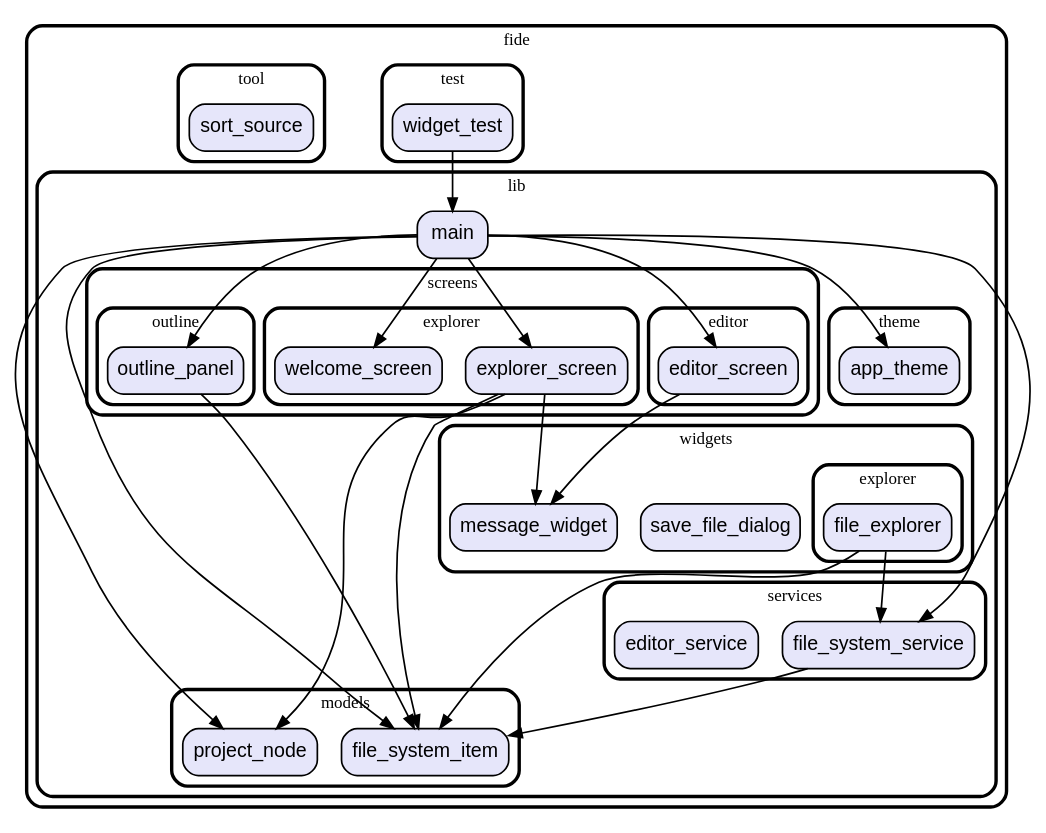
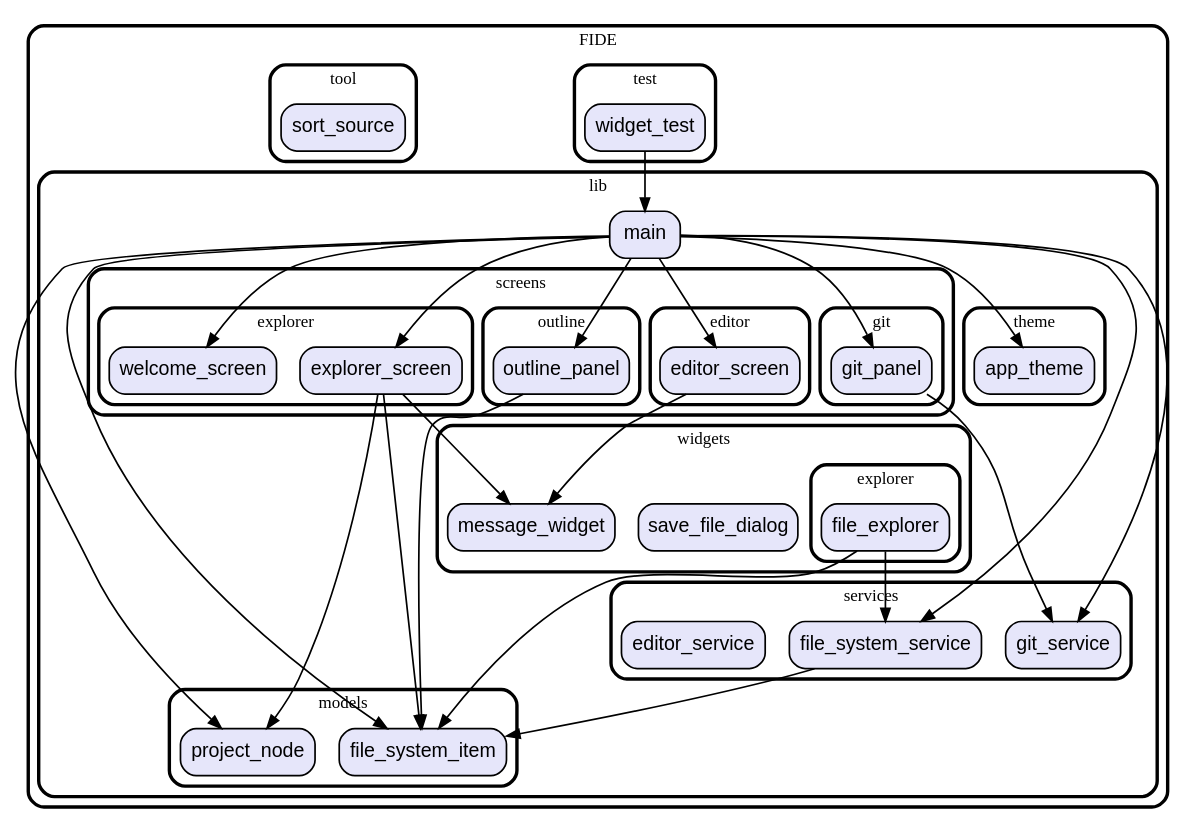
The diagram in graph.dot (vteam-com/FIDE), drawn with Graphviz before and after one commit. The commit also changed 5 other files, not shown here.

```diff
--- a/graph.dot
+++ b/graph.dot
@@ -1,91 +1,101 @@
 digraph "" {
   graph [style=rounded fontname="Arial Black" fontsize=13 penwidth=2.6];
   node [shape=rect style="filled,rounded" fontname=Arial fontsize=15 fillcolor=Lavender penwidth=1.3];
   edge [penwidth=1.3];
   "/test/widget_test.dart" [label="widget_test"];
   "/lib/models/project_node.dart" [label="project_node"];
   "/lib/models/file_system_item.dart" [label="file_system_item"];
   "/lib/screens/explorer/explorer_screen.dart" [label="explorer_screen"];
   "/lib/screens/explorer/welcome_screen.dart" [label="welcome_screen"];
   "/lib/screens/outline/outline_panel.dart" [label="outline_panel"];
   "/lib/screens/editor/editor_screen.dart" [label="editor_screen"];
+  "/lib/screens/git/git_panel.dart" [label="git_panel"];
   "/lib/main.dart" [label="main"];
   "/lib/theme/app_theme.dart" [label="app_theme"];
+  "/lib/services/git_service.dart" [label="git_service"];
   "/lib/services/file_system_service.dart" [label="file_system_service"];
   "/lib/services/editor_service.dart" [label="editor_service"];
   "/lib/widgets/save_file_dialog.dart" [label="save_file_dialog"];
   "/lib/widgets/explorer/file_explorer.dart" [label="file_explorer"];
   "/lib/widgets/message_widget.dart" [label="message_widget"];
   "/tool/sort_source.dart" [label="sort_source"];
   subgraph "cluster~" {
-    label="fide";
+    label="FIDE";
     subgraph "cluster~/test" {
       label="test";
       "/test/widget_test.dart";
     }
     subgraph "cluster~/lib" {
       label="lib";
       "/lib/main.dart";
       subgraph "cluster~/lib/models" {
         label="models";
         "/lib/models/project_node.dart";
         "/lib/models/file_system_item.dart";
       }
       subgraph "cluster~/lib/screens" {
         label="screens";
         subgraph "cluster~/lib/screens/explorer" {
           label="explorer";
           "/lib/screens/explorer/explorer_screen.dart";
           "/lib/screens/explorer/welcome_screen.dart";
         }
         subgraph "cluster~/lib/screens/outline" {
           label="outline";
           "/lib/screens/outline/outline_panel.dart";
         }
         subgraph "cluster~/lib/screens/editor" {
           label="editor";
           "/lib/screens/editor/editor_screen.dart";
         }
+        subgraph "cluster~/lib/screens/git" {
+          label="git";
+          "/lib/screens/git/git_panel.dart";
+        }
       }
       subgraph "cluster~/lib/theme" {
         label="theme";
         "/lib/theme/app_theme.dart";
       }
       subgraph "cluster~/lib/services" {
         label="services";
+        "/lib/services/git_service.dart";
         "/lib/services/file_system_service.dart";
         "/lib/services/editor_service.dart";
       }
       subgraph "cluster~/lib/widgets" {
         label="widgets";
         "/lib/widgets/save_file_dialog.dart";
         "/lib/widgets/message_widget.dart";
         subgraph "cluster~/lib/widgets/explorer" {
           label="explorer";
           "/lib/widgets/explorer/file_explorer.dart";
         }
       }
     }
     subgraph "cluster~/tool" {
       label="tool";
       "/tool/sort_source.dart";
     }
   }
   "/test/widget_test.dart" -> "/lib/main.dart";
   "/lib/screens/explorer/explorer_screen.dart" -> "/lib/models/project_node.dart";
   "/lib/screens/explorer/explorer_screen.dart" -> "/lib/models/file_system_item.dart";
   "/lib/screens/explorer/explorer_screen.dart" -> "/lib/widgets/message_widget.dart";
   "/lib/screens/outline/outline_panel.dart" -> "/lib/models/file_system_item.dart";
   "/lib/screens/editor/editor_screen.dart" -> "/lib/widgets/message_widget.dart";
+  "/lib/screens/git/git_panel.dart" -> "/lib/services/git_service.dart";
   "/lib/main.dart" -> "/lib/screens/explorer/explorer_screen.dart";
   "/lib/main.dart" -> "/lib/screens/explorer/welcome_screen.dart";
   "/lib/main.dart" -> "/lib/screens/editor/editor_screen.dart";
   "/lib/main.dart" -> "/lib/screens/outline/outline_panel.dart";
+  "/lib/main.dart" -> "/lib/screens/git/git_panel.dart";
   "/lib/main.dart" -> "/lib/services/file_system_service.dart";
+  "/lib/main.dart" -> "/lib/services/git_service.dart";
   "/lib/main.dart" -> "/lib/theme/app_theme.dart";
   "/lib/main.dart" -> "/lib/models/file_system_item.dart";
   "/lib/main.dart" -> "/lib/models/project_node.dart";
   "/lib/services/file_system_service.dart" -> "/lib/models/file_system_item.dart";
   "/lib/widgets/explorer/file_explorer.dart" -> "/lib/services/file_system_service.dart";
   "/lib/widgets/explorer/file_explorer.dart" -> "/lib/models/file_system_item.dart";
 }
```
